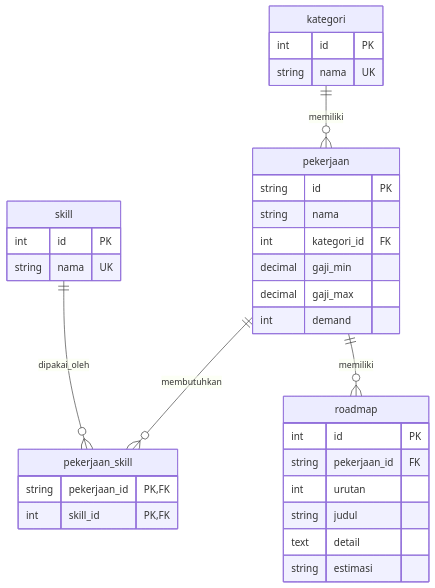
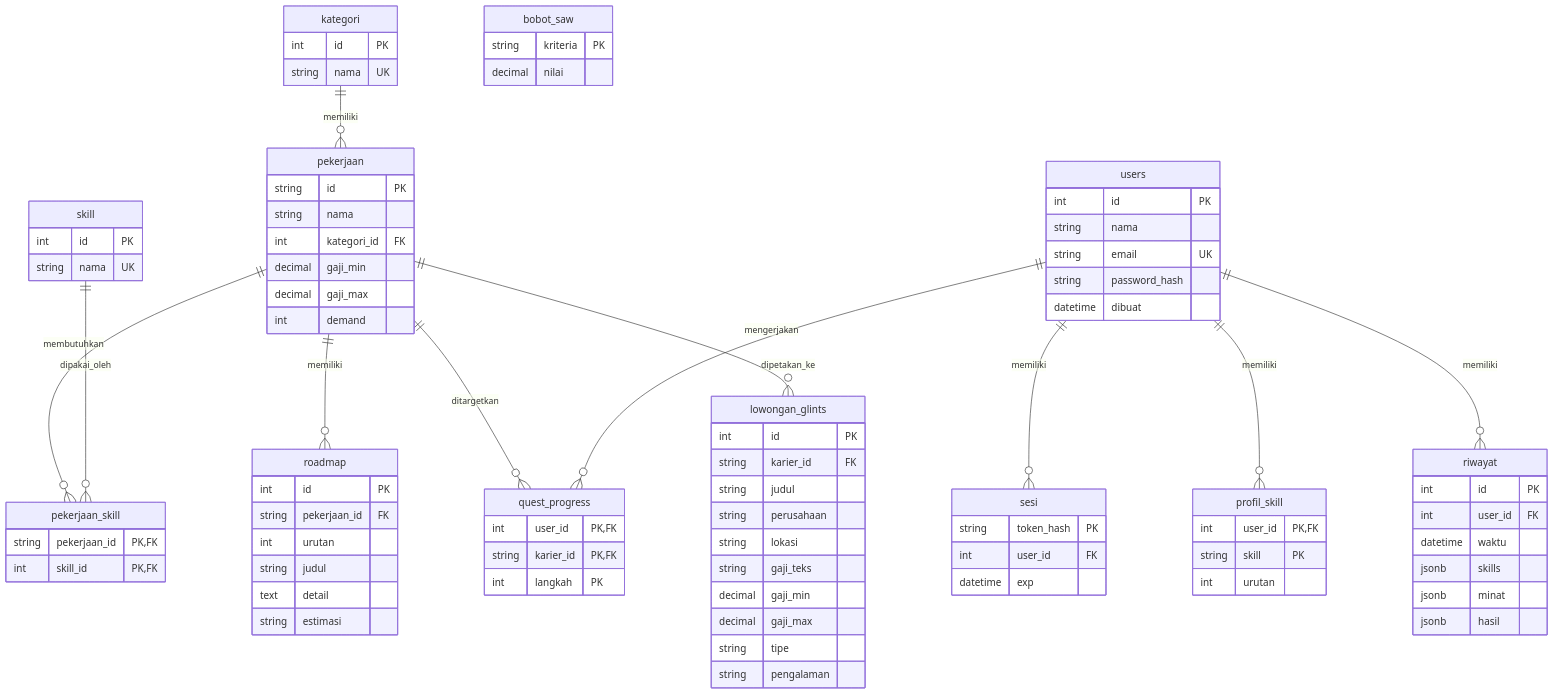
One commit to gvhaidar-bot/metode-penelitian changed the diagram in docs/erd.md. Above: the diagram before and after it, drawn with Mermaid. The commit also changed other lines of this file and 19 other files, not shown here.

Commit message:
Database-only: semua data persisten dari PostgreSQL (akun, sesi, quest, riwayat, bobot, lowongan), hapus fallback JSON

````diff
--- a/docs/erd.md
+++ b/docs/erd.md
@@ -12,6 +13,12 @@
     pekerjaan ||--o{ pekerjaan_skill : membutuhkan
     skill ||--o{ pekerjaan_skill : dipakai_oleh
     pekerjaan ||--o{ roadmap : memiliki
+    pekerjaan ||--o{ quest_progress : ditargetkan
+    pekerjaan ||--o{ lowongan_glints : dipetakan_ke
+    users ||--o{ sesi : memiliki
+    users ||--o{ profil_skill : memiliki
+    users ||--o{ quest_progress : mengerjakan
+    users ||--o{ riwayat : memiliki
 
     kategori {
         int id PK
@@ -41,4 +48,50 @@
         text detail
         string estimasi
     }
+    bobot_saw {
+        string kriteria PK
+        decimal nilai
+    }
+    lowongan_glints {
+        int id PK
+        string karier_id FK
+        string judul
+        string perusahaan
+        string lokasi
+        string gaji_teks
+        decimal gaji_min
+        decimal gaji_max
+        string tipe
+        string pengalaman
+    }
+    users {
+        int id PK
+        string nama
+        string email UK
+        string password_hash
+        datetime dibuat
+    }
+    sesi {
+        string token_hash PK
+        int user_id FK
+        datetime exp
+    }
+    profil_skill {
+        int user_id PK,FK
+        string skill PK
+        int urutan
+    }
+    quest_progress {
+        int user_id PK,FK
+        string karier_id PK,FK
+        int langkah PK
+    }
+    riwayat {
+        int id PK
+        int user_id FK
+        datetime waktu
+        jsonb skills
+        jsonb minat
+        jsonb hasil
+    }
 ```
````
